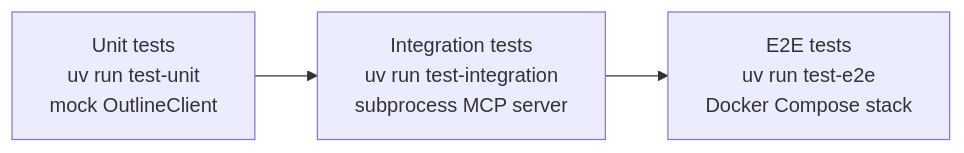
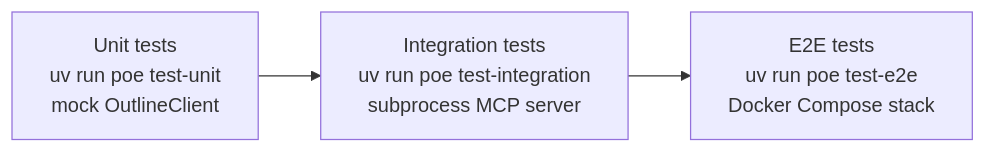
One commit to Vortiago/mcp-outline changed the diagram in docs/tests/testing.md. Above: the diagram before and after it, drawn with Mermaid. The commit also changed other lines of this file and 14 other files, not shown here.

````diff
--- a/docs/tests/testing.md
+++ b/docs/tests/testing.md
@@ -63,7 +63,7 @@
 ```mermaid
 flowchart LR
-    U["Unit tests\nuv run test-unit\nmock OutlineClient"]
-    I["Integration tests\nuv run test-integration\nsubprocess MCP server"]
-    E["E2E tests\nuv run test-e2e\nDocker Compose stack"]
+    U["Unit tests\nuv run poe test-unit\nmock OutlineClient"]
+    I["Integration tests\nuv run poe test-integration\nsubprocess MCP server"]
+    E["E2E tests\nuv run poe test-e2e\nDocker Compose stack"]
     U --> I --> E
 ```
````
